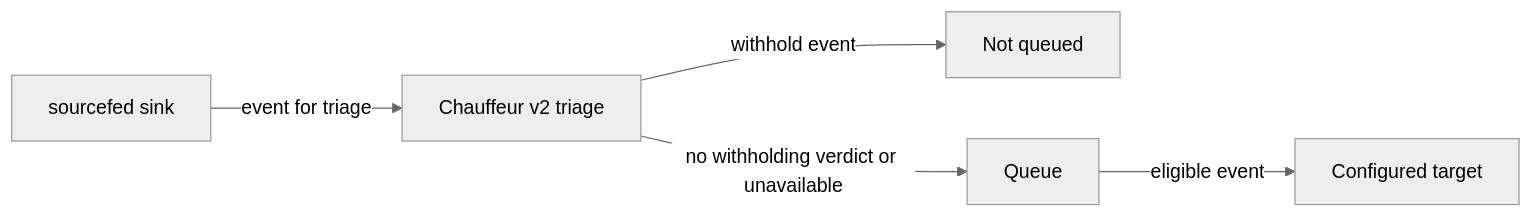
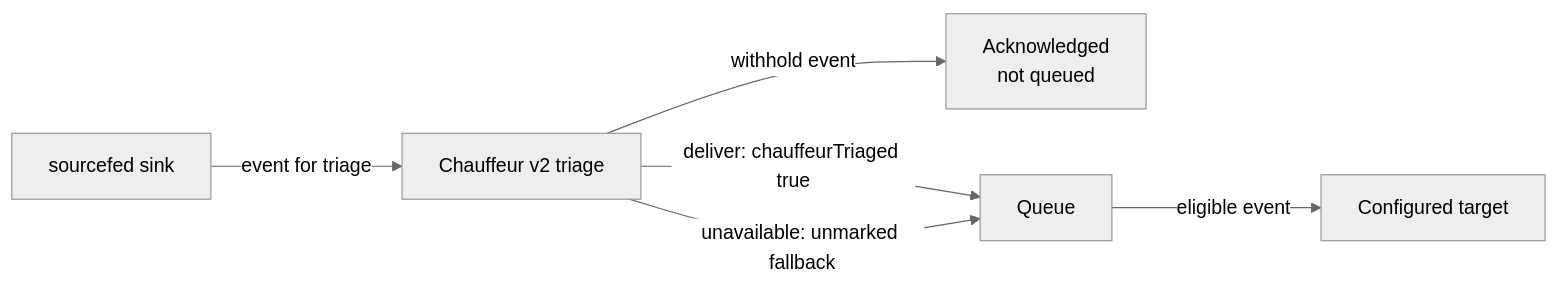
One commit to wrkhse/workhorse changed the second of 2 diagrams in site/src/how-it-fits.md. Above: the diagram before and after it, drawn with Mermaid (neutral theme). The commit also changed other lines of this file and 1 other file, not shown here.

````diff
--- a/site/src/how-it-fits.md
+++ b/site/src/how-it-fits.md
@@ -35,7 +44,8 @@
 ```mermaid
 flowchart LR
     Sink["sourcefed sink"] -->|"event for triage"| Triage["Chauffeur v2 triage"]
-    Triage -->|"withhold event"| Withheld["Not queued"]
-    Triage -->|"no withholding verdict or unavailable"| Queue["Queue"]
+    Triage -->|"withhold event"| Withheld["Acknowledged<br/>not queued"]
+    Triage -->|"deliver: chauffeurTriaged true"| Queue["Queue"]
+    Triage -->|"unavailable: unmarked fallback"| Queue
     Queue -->|"eligible event"| Target["Configured target"]
 ```
````
